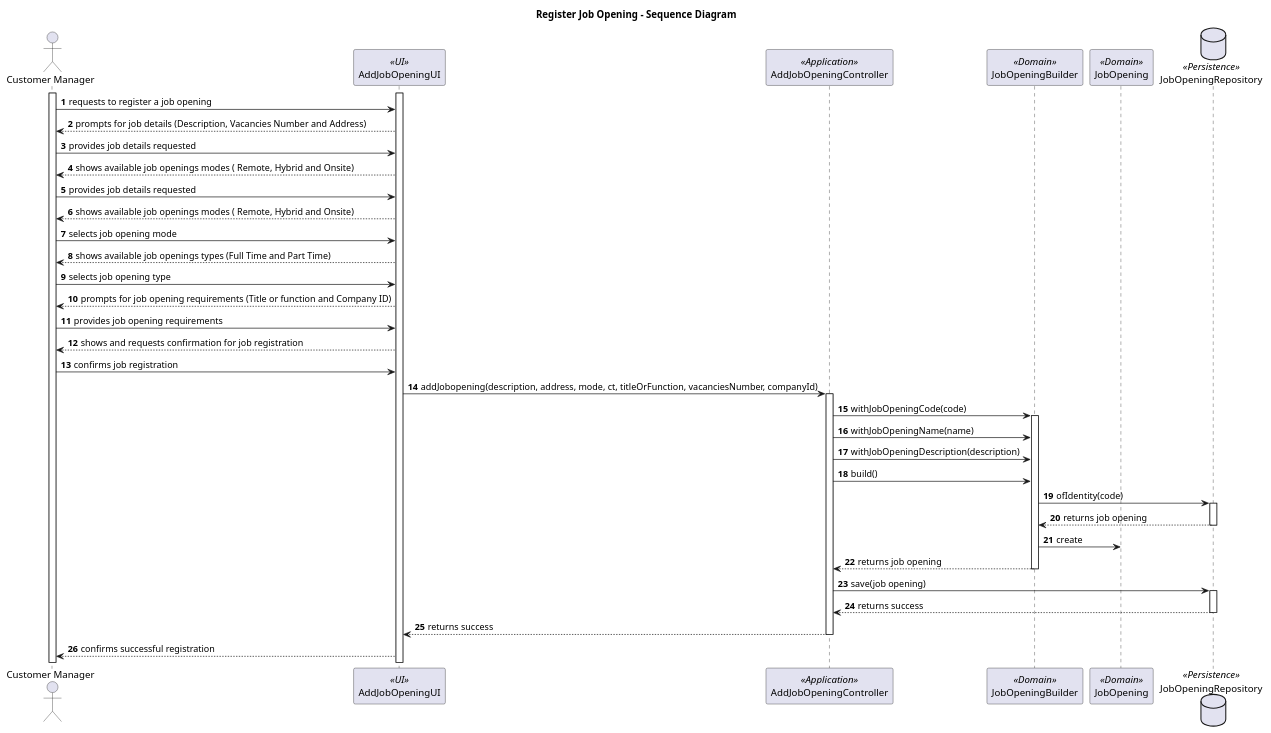
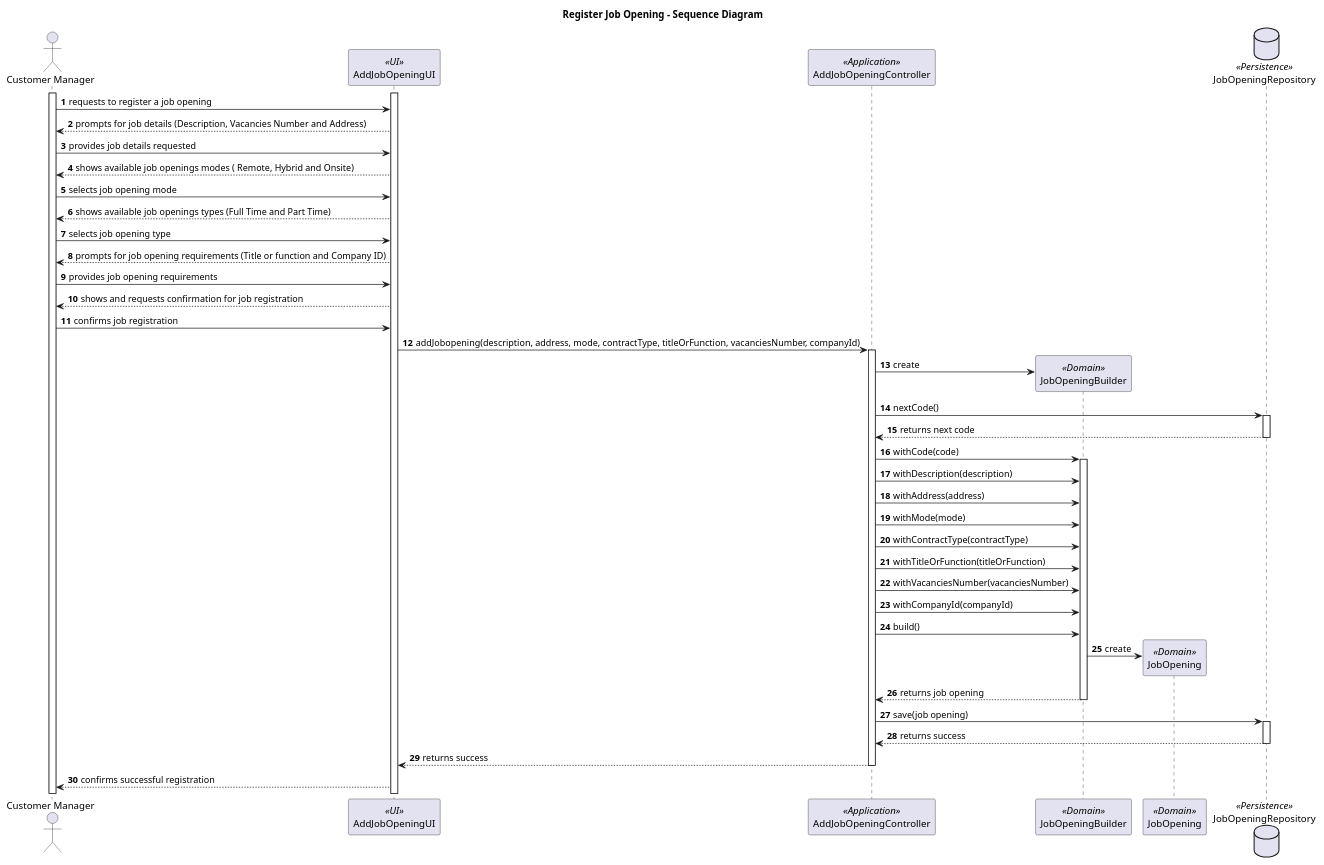
The diagram in docs/sprintB/1002/1002-sequence-diagram.puml (marcoferreira37/Lapr4), drawn with PlantUML before and after one commit. The commit also changed 1 other file, not shown here.

Commit message:
#16 Big modifications in the sequence diagram

```diff
--- a/docs/sprintB/1002/1002-sequence-diagram.puml
+++ b/docs/sprintB/1002/1002-sequence-diagram.puml
@@ -1,73 +1,80 @@
 @startuml
 
 title Register Job Opening - Sequence Diagram
 
 autonumber
 actor "Customer Manager" as M
 participant AddJobOpeningUI  as UI <<UI>>
 participant AddJobOpeningController as Controller <<Application>>
 participant JobOpeningBuilder as JB <<Domain>>
 participant JobOpening as JO <<Domain>>
 database JobOpeningRepository as JRepo <<Persistence>>
 
 activate M
 activate UI
 
 M -> UI : requests to register a job opening
 
 UI --> M : prompts for job details (Description, Vacancies Number and Address)
 
 M -> UI : provides job details requested
 
-UI --> M :  shows available job openings modes ( Remote, Hybrid and Onsite)
-
-M -> UI : provides job details requested
-
 UI --> M : shows available job openings modes ( Remote, Hybrid and Onsite)
 
 M -> UI : selects job opening mode
 
 UI --> M : shows available job openings types (Full Time and Part Time)
 
 M -> UI : selects job opening type
 
 UI --> M :  prompts for job opening requirements (Title or function and Company ID)
 
 M -> UI : provides job opening requirements
 
 UI --> M : shows and requests confirmation for job registration
 
 M -> UI : confirms job registration
 
-UI -> Controller: addJobopening(description, address, mode, ct, titleOrFunction, vacanciesNumber, companyId)
+UI -> Controller: addJobopening(description, address, mode, contractType, titleOrFunction, vacanciesNumber, companyId)
 
 activate Controller
 
-Controller -> JB: withJobOpeningCode(code)
+Controller -> JB**: create
+
+Controller -> JRepo : nextCode()
+activate JRepo
+
+JRepo --> Controller: returns next code
+deactivate JRepo
+
+Controller -> JB: withCode(code)
 activate JB
-Controller -> JB: withJobOpeningName(name)
-Controller -> JB: withJobOpeningDescription(description)
+
+Controller -> JB: withDescription(description)
+Controller -> JB: withAddress(address)
+Controller -> JB: withMode(mode)
+Controller -> JB: withContractType(contractType)
+Controller -> JB: withTitleOrFunction(titleOrFunction)
+Controller -> JB: withVacanciesNumber(vacanciesNumber)
+Controller -> JB: withCompanyId(companyId)
+
 Controller -> JB: build()
 
-JB -> JRepo: ofIdentity(code)
-activate JRepo
-
-JRepo --> JB: returns job opening
 deactivate JRepo
-JB -> JO: create
+JB -> JO**: create
 JB --> Controller: returns job opening
 deactivate JB
 
 
 
 Controller -> JRepo: save(job opening)
 activate JRepo
 
 JRepo --> Controller: returns success
 deactivate JRepo
 Controller --> UI: returns success
 deactivate Controller
 
 UI --> M: confirms successful registration
 
 @enduml
```
